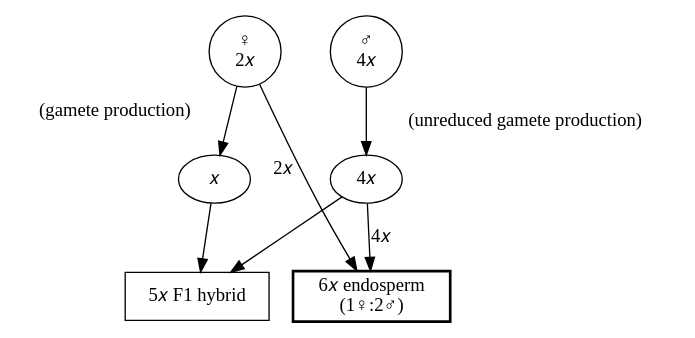
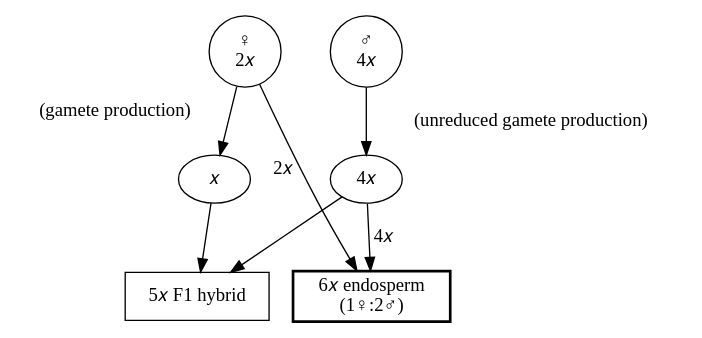
Before and after one commit to Euphrasiologist/cross_ploidy: the diagram in figures/crosses/diploid_tetraploid_hybridisation4.dot, drawn with Graphviz. The commit also changed 9 other files, not shown here.

Commit message:
Make the crossing diagrams interactive.

```diff
--- a/figures/crosses/diploid_tetraploid_hybridisation4.dot
+++ b/figures/crosses/diploid_tetraploid_hybridisation4.dot
@@ -1,16 +1,16 @@
-digraph "Diploid-tetraploid hybridisation" {
-"♀
-2𝑥" -> "𝑥" [xlabel="(gamete production)   "]
-"♂
-4𝑥" -> "4𝑥" [label="  (unreduced gamete production)"]
-"5𝑥 F1 hybrid" [shape="box"]
-"6𝑥 endosperm
-(1♀:2♂)" [shape="box", style="bold"]
-"4𝑥" -> "5𝑥 F1 hybrid" 
-"𝑥" -> "5𝑥 F1 hybrid" 
-"♀
-2𝑥" -> "6𝑥 endosperm
-(1♀:2♂)" [xlabel="2𝑥  "]
-"4𝑥" -> "6𝑥 endosperm
-(1♀:2♂)" [label="4𝑥"]
+digraph "Diploid-tetraploid hybridisation3" {
+    // nodes
+    maternal [ label = "♀\n2𝑥" class = "diploid_tetraploid_hybridisation4 hybrid_outcome endosperm_outcome" ]
+    maternal_gamete [ label = "𝑥" class = "diploid_tetraploid_hybridisation4 hybrid_outcome" ]
+    paternal [ label = "♂\n4𝑥" class = "diploid_tetraploid_hybridisation4 hybrid_outcome endosperm_outcome" ]
+    paternal_gamete [ label = "4𝑥" class = "diploid_tetraploid_hybridisation4 hybrid_outcome endosperm_outcome" ]
+    hybrid_outcome [ label = "5𝑥 F1 hybrid" shape = "box" class = "diploid_tetraploid_hybridisation4 hybrid_outcome onhover" ]
+    endosperm [ label = "6𝑥 endosperm\n(1♀:2♂)" shape = "box" style = "bold" class = "diploid_tetraploid_hybridisation4 endosperm_outcome onhover" ]
+    // edges
+    maternal -> maternal_gamete [ xlabel="(gamete production)   " class = "diploid_tetraploid_hybridisation4 hybrid_outcome" ]
+    paternal -> paternal_gamete [ label="   (unreduced gamete production)" class = "diploid_tetraploid_hybridisation4 hybrid_outcome endosperm_outcome" ]
+    maternal_gamete -> hybrid_outcome [ class = "diploid_tetraploid_hybridisation4 hybrid_outcome" ]
+    paternal_gamete -> hybrid_outcome [ class = "diploid_tetraploid_hybridisation4 hybrid_outcome" ]
+    maternal -> endosperm [ xlabel="2𝑥  " class = "diploid_tetraploid_hybridisation4 endosperm_outcome" ]
+    paternal_gamete -> endosperm [ label=" 4𝑥" class = "diploid_tetraploid_hybridisation4 endosperm_outcome" ]
 }
```
